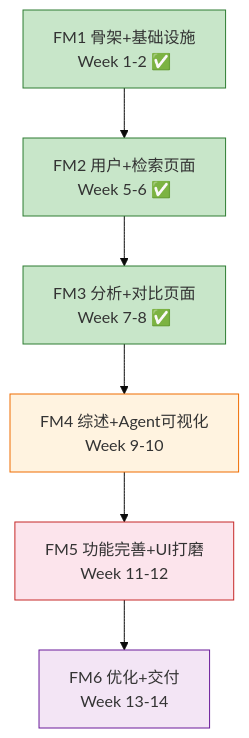
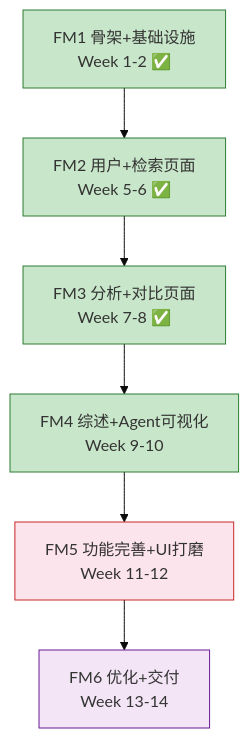
Before and after one commit to Fsu7/Veritas-: the second of 4 diagrams in docs/frontend/前端模块项目里程碑文档.md, drawn with Mermaid (base theme). The commit also changed other lines of this file and 94 other files, not shown here.

````diff
--- a/docs/frontend/前端模块项目里程碑文档.md
+++ b/docs/frontend/前端模块项目里程碑文档.md
@@ -718,22 +719,22 @@
 ```mermaid
 graph TD
     FM1["FM1 骨架+基础设施<br/>Week 1-2 ✅"]
     FM2["FM2 用户+检索页面<br/>Week 5-6 ✅"]
     FM3["FM3 分析+对比页面<br/>Week 7-8 ✅"]
     FM4["FM4 综述+Agent可视化<br/>Week 9-10"]
     FM5["FM5 功能完善+UI打磨<br/>Week 11-12"]
     FM6["FM6 优化+交付<br/>Week 13-14"]
 
     FM1 --> FM2
     FM2 --> FM3
     FM3 --> FM4
     FM4 --> FM5
     FM5 --> FM6
 
     style FM1 fill:#c8e6c9,stroke:#2e7d32
     style FM2 fill:#c8e6c9,stroke:#2e7d32
     style FM3 fill:#c8e6c9,stroke:#2e7d32
-    style FM4 fill:#fff3e0,stroke:#ef6c00
+    style FM4 fill:#c8e6c9,stroke:#2e7d32
     style FM5 fill:#fce4ec,stroke:#c62828
     style FM6 fill:#f3e5f5,stroke:#6a1b9a
 ```
````
